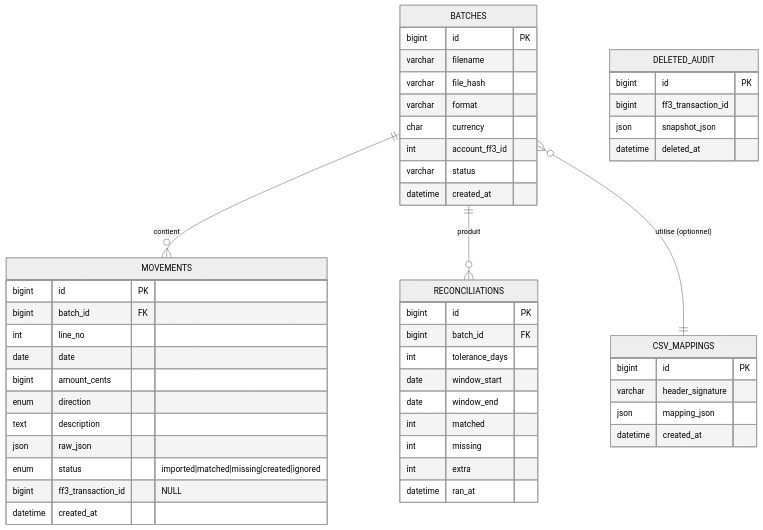
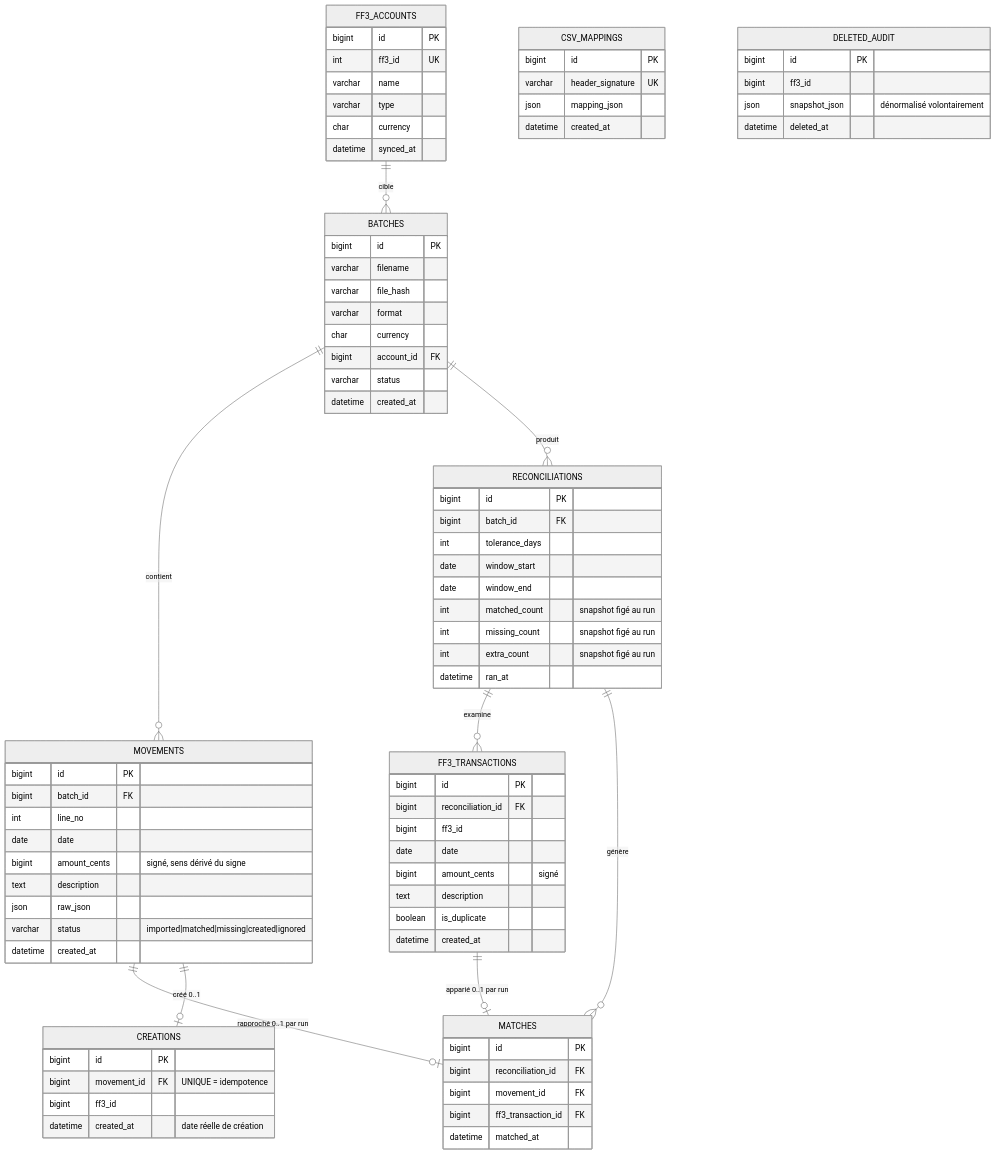
Before and after one commit to eldelahoz/firefly-manager-movement: the second of 2 diagrams in docs/prd/2026-08-14-trd-architecture-technique.md, drawn with Mermaid (neutral theme). The commit also changed other lines of this file, not shown here.

Commit message:
chg: normalisation des bases de données

````diff
--- a/docs/prd/2026-08-14-trd-architecture-technique.md
+++ b/docs/prd/2026-08-14-trd-architecture-technique.md
@@ -33,16 +33,29 @@
 ```mermaid
 erDiagram
+    FF3_ACCOUNTS ||--o{ BATCHES : "cible"
     BATCHES ||--o{ MOVEMENTS : "contient"
     BATCHES ||--o{ RECONCILIATIONS : "produit"
-    BATCHES }o--|| CSV_MAPPINGS : "utilise (optionnel)"
+    RECONCILIATIONS ||--o{ FF3_TRANSACTIONS : "examine"
+    RECONCILIATIONS ||--o{ MATCHES : "génère"
+    MOVEMENTS ||--o| MATCHES : "rapproché 0..1 par run"
+    FF3_TRANSACTIONS ||--o| MATCHES : "apparié 0..1 par run"
+    MOVEMENTS ||--o| CREATIONS : "créé 0..1"
 
+    FF3_ACCOUNTS {
+        bigint id PK
+        int ff3_id UK
+        varchar name
+        varchar type
+        char currency
+        datetime synced_at
+    }
     BATCHES {
         bigint id PK
         varchar filename
         varchar file_hash
         varchar format
         char currency
-        int account_ff3_id
+        bigint account_id FK
         varchar status
         datetime created_at
     }
@@ -51,12 +64,10 @@
         bigint batch_id FK
         int line_no
         date date
-        bigint amount_cents
-        enum direction
+        bigint amount_cents "signé, sens dérivé du signe"
         text description
         json raw_json
-        enum status "imported|matched|missing|created|ignored"
-        bigint ff3_transaction_id "NULL"
+        varchar status "imported|matched|missing|created|ignored"
         datetime created_at
     }
     RECONCILIATIONS {
@@ -65,21 +76,44 @@
         int tolerance_days
         date window_start
         date window_end
-        int matched
-        int missing
-        int extra
+        int matched_count "snapshot figé au run"
+        int missing_count "snapshot figé au run"
+        int extra_count "snapshot figé au run"
         datetime ran_at
+    }
+    FF3_TRANSACTIONS {
+        bigint id PK
+        bigint reconciliation_id FK
+        bigint ff3_id
+        date date
+        bigint amount_cents "signé"
+        text description
+        boolean is_duplicate
+        datetime created_at
+    }
+    MATCHES {
+        bigint id PK
+        bigint reconciliation_id FK
+        bigint movement_id FK
+        bigint ff3_transaction_id FK
+        datetime matched_at
+    }
+    CREATIONS {
+        bigint id PK
+        bigint movement_id FK "UNIQUE = idempotence"
+        bigint ff3_id
+        datetime created_at "date réelle de création"
     }
     CSV_MAPPINGS {
         bigint id PK
-        varchar header_signature
+        varchar header_signature UK
         json mapping_json
         datetime created_at
     }
     DELETED_AUDIT {
         bigint id PK
-        bigint ff3_transaction_id
-        json snapshot_json
+        bigint ff3_id
+        json snapshot_json "dénormalisé volontairement"
         datetime deleted_at
     }
 ```
````
